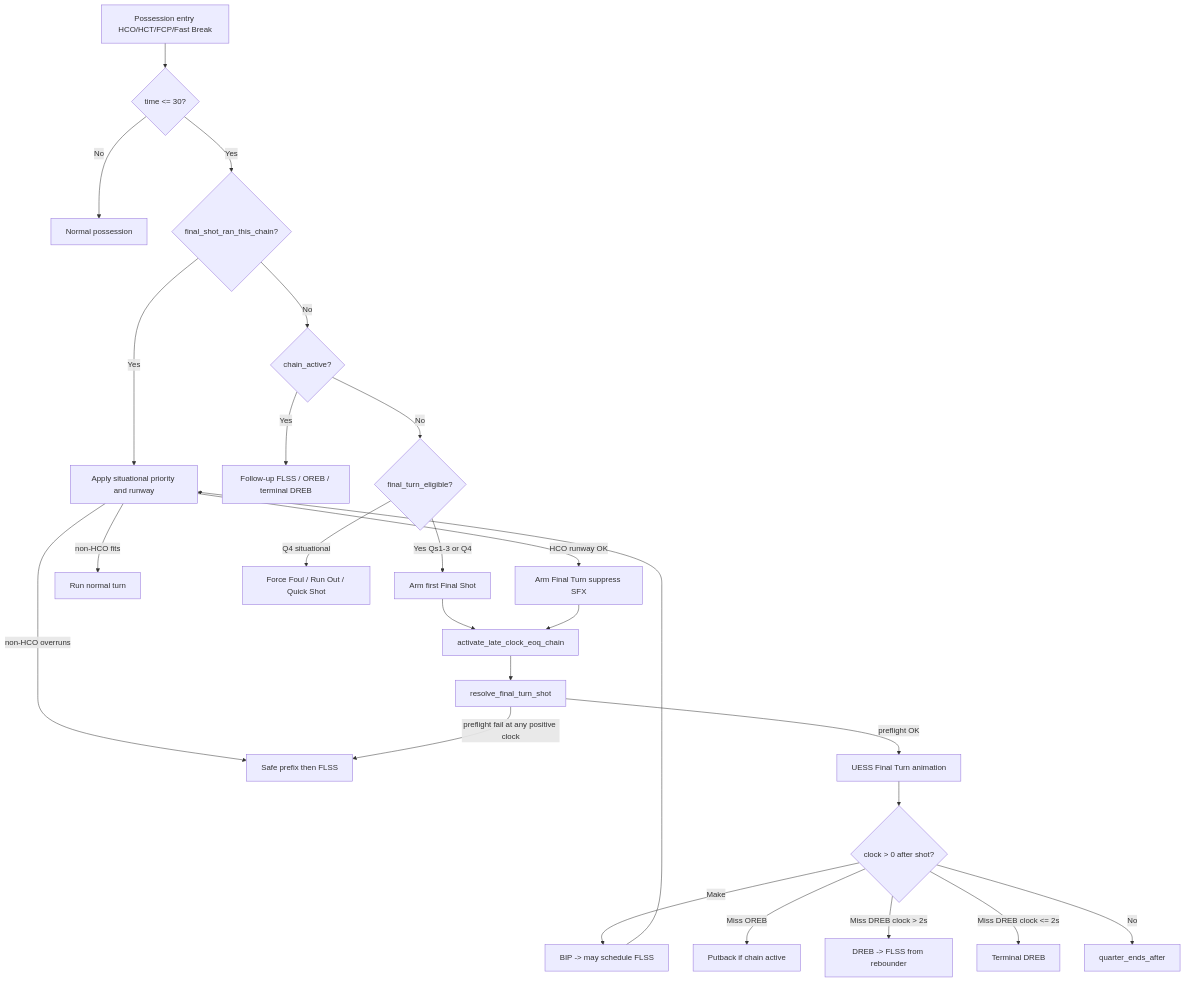
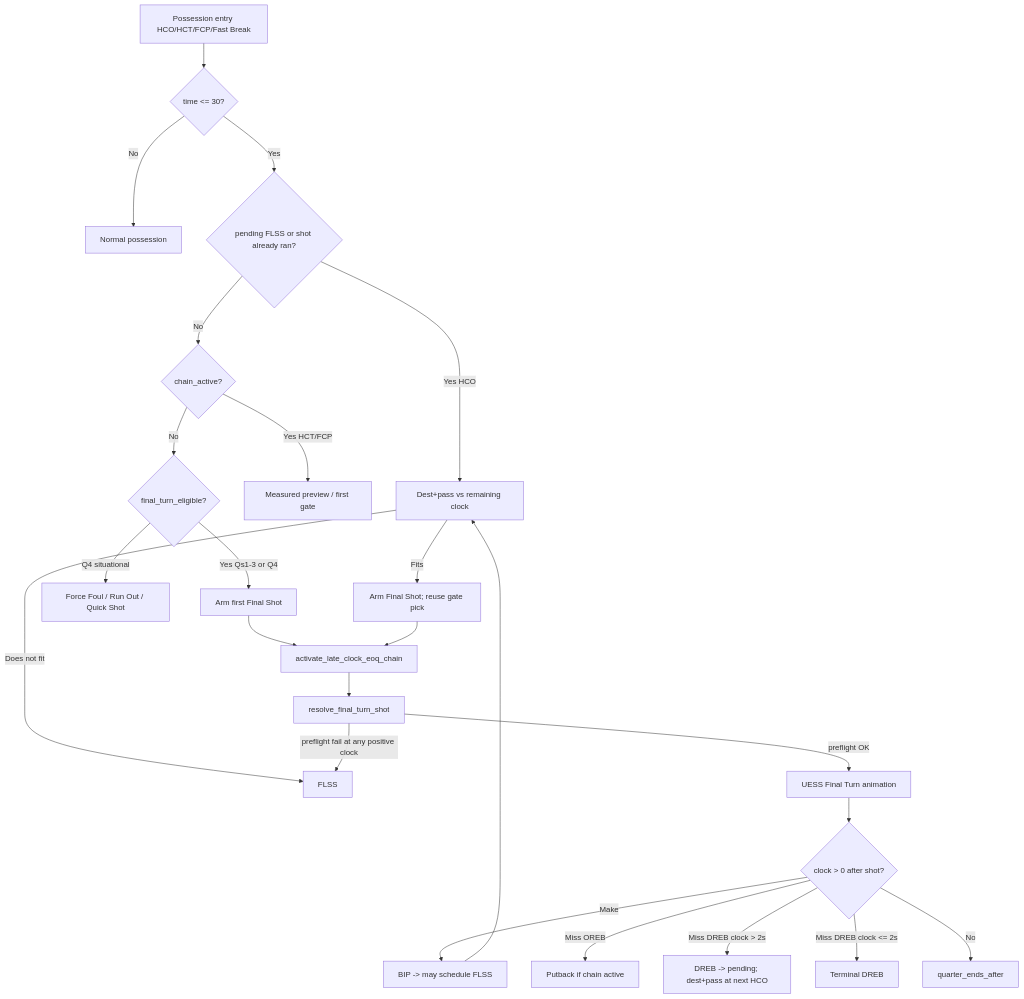
The diagram in _documentation_master/06_Gameplay_Systems/EOQ_System.md (guyfromajax/gob-simplified), drawn with Mermaid before and after one commit. The commit also changed other lines of this file and 6 other files, not shown here.

````diff
--- a/_documentation_master/06_Gameplay_Systems/EOQ_System.md
+++ b/_documentation_master/06_Gameplay_Systems/EOQ_System.md
@@ -104,27 +105,26 @@
 ```mermaid
 flowchart TD
     A[Possession entry HCO/HCT/FCP/Fast Break] --> B{time <= 30?}
     B -->|No| Z[Normal possession]
-    B -->|Yes| C{final_shot_ran_this_chain?}
-    C -->|Yes| R[Apply situational priority and runway]
-    R -->|HCO runway OK| G2[Arm Final Turn suppress SFX]
-    R -->|non-HCO fits| Z2[Run normal turn]
-    R -->|non-HCO overruns| L[Safe prefix then FLSS]
+    B -->|Yes| C{pending FLSS or shot already ran?}
+    C -->|Yes HCO| R[Dest+pass vs remaining clock]
+    R -->|Fits| G2[Arm Final Shot; reuse gate pick]
+    R -->|Does not fit| L[FLSS]
     C -->|No| D{chain_active?}
-    D -->|Yes| E[Follow-up FLSS / OREB / terminal DREB]
+    D -->|Yes HCT/FCP| Z2[Measured preview / first gate]
     D -->|No| F{final_turn_eligible?}
     F -->|Q4 situational| H[Force Foul / Run Out / Quick Shot]
     F -->|Yes Qs1-3 or Q4| G[Arm first Final Shot]
     G --> I[activate_late_clock_eoq_chain]
     G2 --> I
     I --> J[resolve_final_turn_shot]
     J -->|preflight OK| K[UESS Final Turn animation]
     J -->|preflight fail at any positive clock| L
     K --> M{clock > 0 after shot?}
     M -->|Make| N[BIP -> may schedule FLSS]
     M -->|Miss OREB| O[Putback if chain active]
-    M -->|Miss DREB clock > 2s| P2[DREB -> FLSS from rebounder]
+    M -->|Miss DREB clock > 2s| P2[DREB -> pending; dest+pass at next HCO]
     M -->|Miss DREB clock <= 2s| P[Terminal DREB]
     M -->|No| Q[quarter_ends_after]
     N --> R
 ```
````
